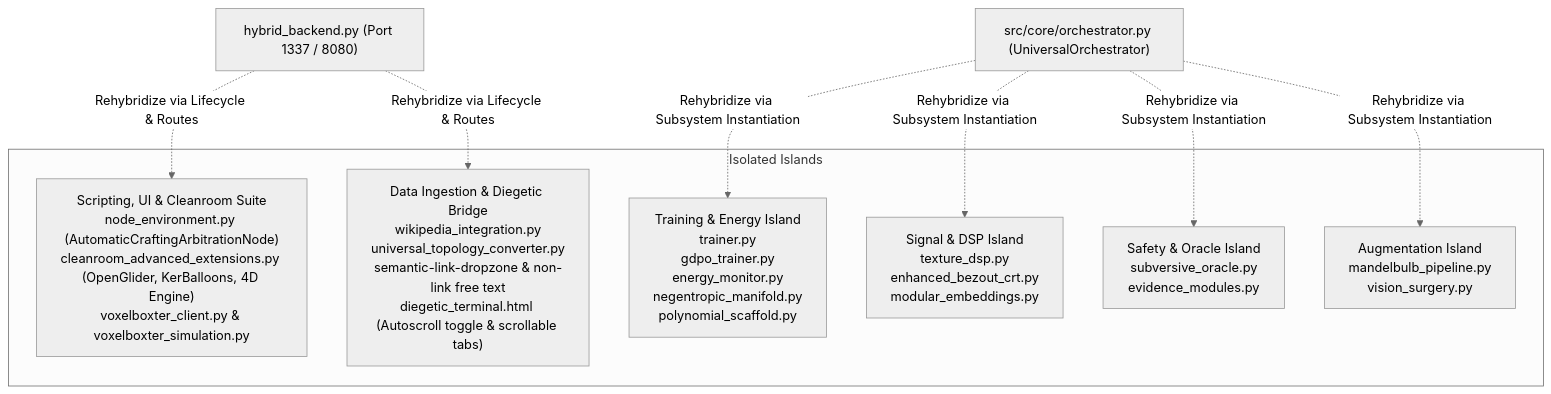
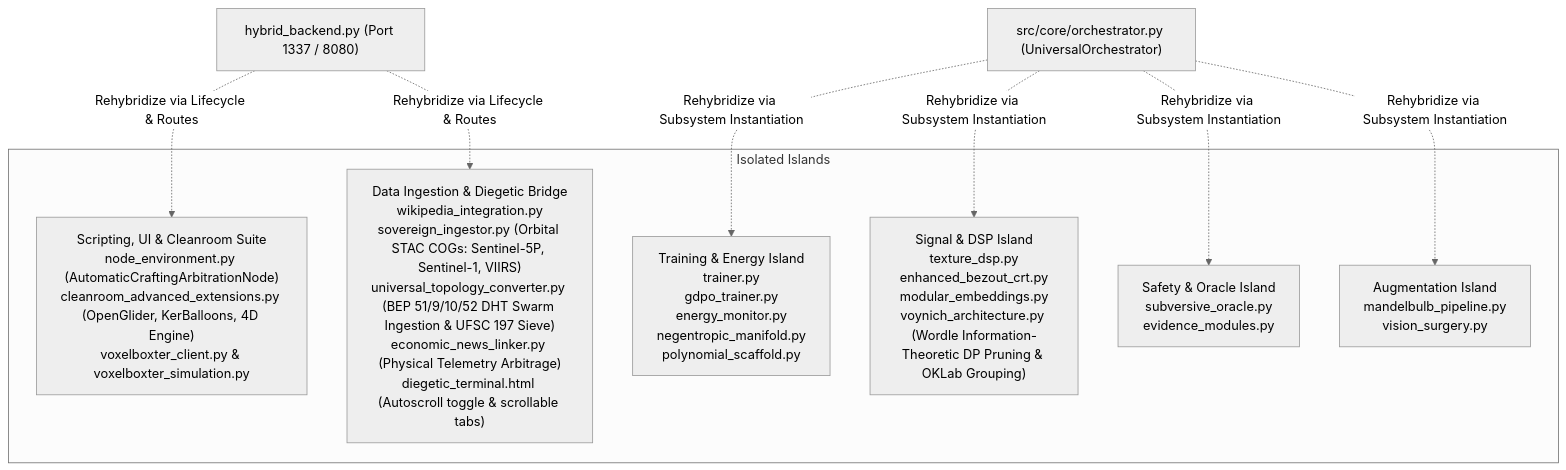
Before and after one commit to ZenoNex/Gyroidic-Sparse-Covariance-Flux-Reasoner: the first of 2 diagrams in docs/UNIVERSAL_ORCHESTRATOR_REHYBRIDIZATION.md, drawn with Mermaid (neutral theme). The commit also changed other lines of this file and 7 other files, not shown here.

Commit message:
feat(voynich,orbital,dht): implement Wordle DP entropy pruning, open STAC orbital telemetry, and BEP 51/52 DHT ingestion

````diff
--- a/docs/UNIVERSAL_ORCHESTRATOR_REHYBRIDIZATION.md
+++ b/docs/UNIVERSAL_ORCHESTRATOR_REHYBRIDIZATION.md
@@ -27,17 +27,17 @@
 ```mermaid
 flowchart TD
     subgraph Isolated Islands
         IS1["Scripting, UI & Cleanroom Suite<br/>node_environment.py (AutomaticCraftingArbitrationNode)<br/>cleanroom_advanced_extensions.py (OpenGlider, KerBalloons, 4D Engine)<br/>voxelboxter_client.py & voxelboxter_simulation.py"]
         IS2["Training & Energy Island<br/>trainer.py<br/>gdpo_trainer.py<br/>energy_monitor.py<br/>negentropic_manifold.py<br/>polynomial_scaffold.py"]
-        IS3["Signal & DSP Island<br/>texture_dsp.py<br/>enhanced_bezout_crt.py<br/>modular_embeddings.py"]
+        IS3["Signal & DSP Island<br/>texture_dsp.py<br/>enhanced_bezout_crt.py<br/>modular_embeddings.py<br/>voynich_architecture.py (Wordle Information-Theoretic DP Pruning & OKLab Grouping)"]
         IS4["Safety & Oracle Island<br/>subversive_oracle.py<br/>evidence_modules.py"]
-        IS5["Data Ingestion & Diegetic Bridge<br/>wikipedia_integration.py<br/>universal_topology_converter.py<br/>semantic-link-dropzone & non-link free text<br/>diegetic_terminal.html (Autoscroll toggle & scrollable tabs)"]
+        IS5["Data Ingestion & Diegetic Bridge<br/>wikipedia_integration.py<br/>sovereign_ingestor.py (Orbital STAC COGs: Sentinel-5P, Sentinel-1, VIIRS)<br/>universal_topology_converter.py (BEP 51/9/10/52 DHT Swarm Ingestion & UFSC 197 Sieve)<br/>economic_news_linker.py (Physical Telemetry Arbitrage)<br/>diegetic_terminal.html (Autoscroll toggle & scrollable tabs)"]
         IS6["Augmentation Island<br/>mandelbulb_pipeline.py<br/>vision_surgery.py"]
     end
 
     HB["hybrid_backend.py (Port 1337 / 8080)"]
     UO["src/core/orchestrator.py (UniversalOrchestrator)"]
 
     HB -.->|Rehybridize via Lifecycle & Routes| IS1 & IS5
     UO -.->|Rehybridize via Subsystem Instantiation| IS2 & IS3 & IS4 & IS6
 ```
````
